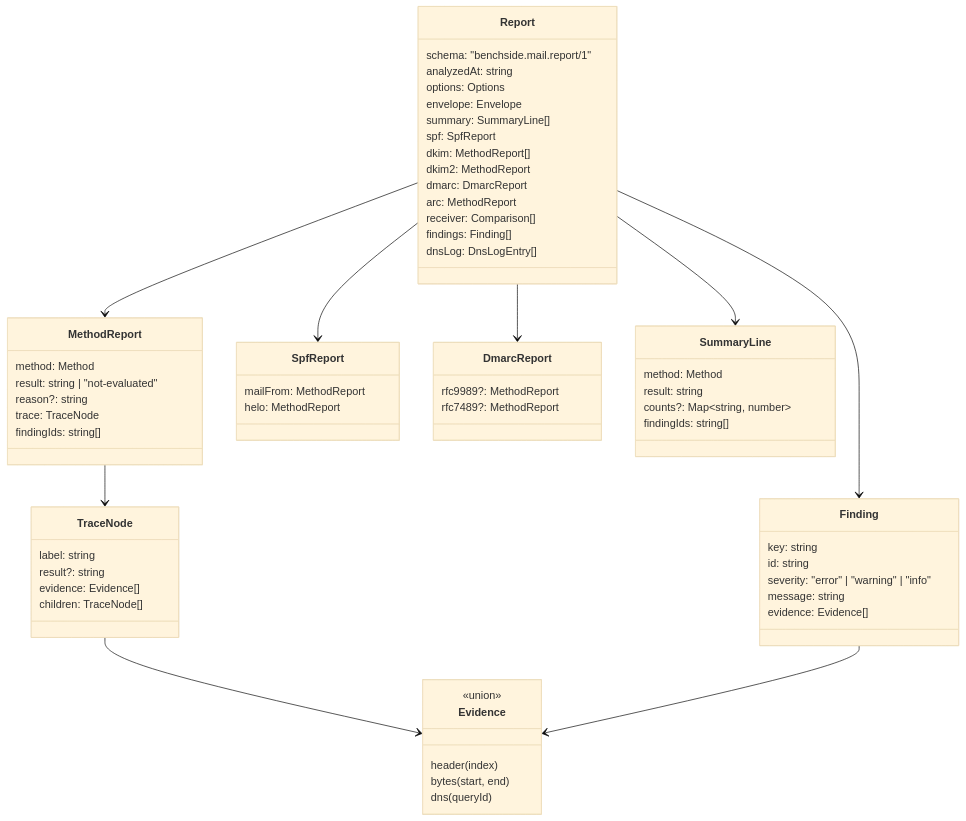
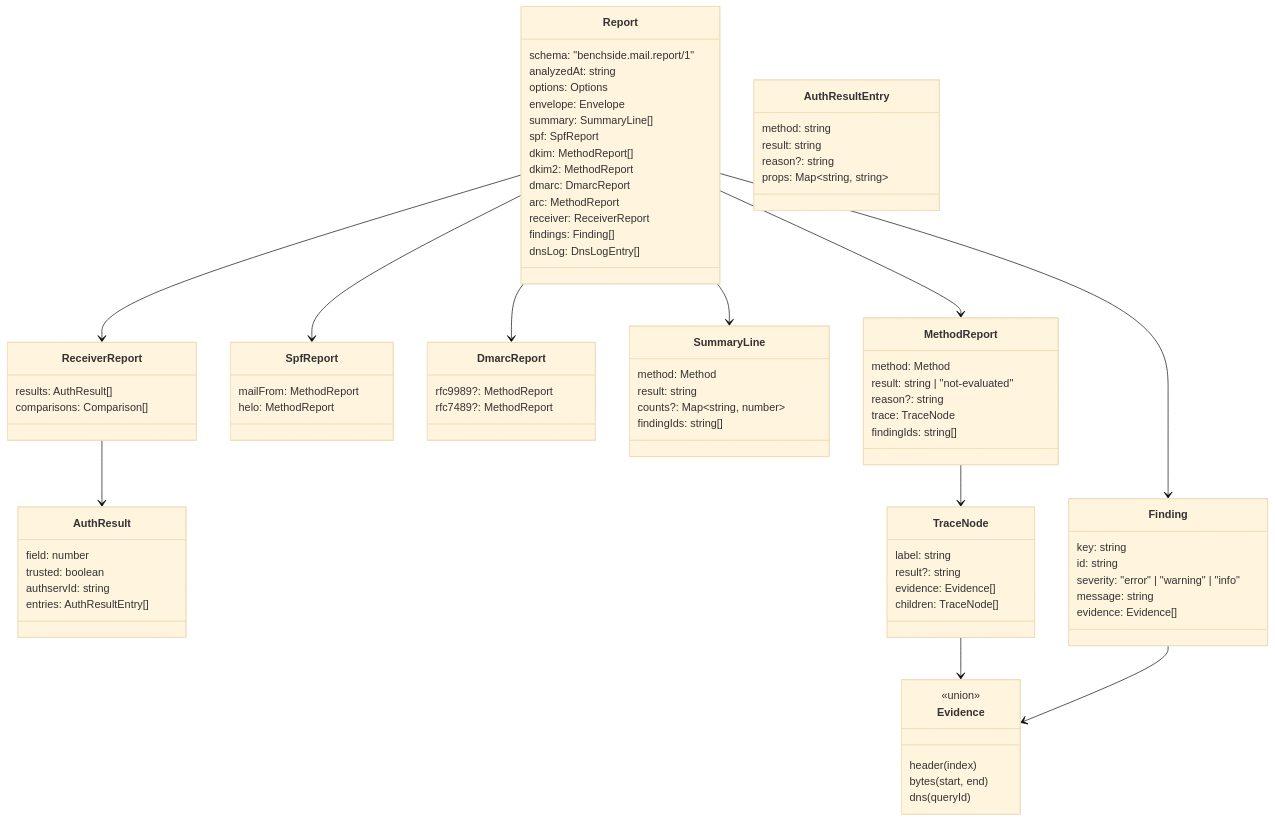
One commit to photom/benchside changed the diagram in docs/reference/mail/report.md. Above: the diagram before and after it, drawn with Mermaid (base theme). The commit also changed 5 other files, not shown here.

First line of the commit message:
Specify trust and listing of receiver results

```diff
--- a/docs/reference/mail/report.md
+++ b/docs/reference/mail/report.md
@@ -17,7 +17,7 @@
     dkim2: MethodReport
     dmarc: DmarcReport
     arc: MethodReport
-    receiver: Comparison[]
+    receiver: ReceiverReport
     findings: Finding[]
     dnsLog: DnsLogEntry[]
   }
@@ -41,6 +41,22 @@
     result: string
     counts?: Map~string, number~
     findingIds: string[]
+  }
+  class ReceiverReport {
+    results: AuthResult[]
+    comparisons: Comparison[]
+  }
+  class AuthResult {
+    field: number
+    trusted: boolean
+    authservId: string
+    entries: AuthResultEntry[]
+  }
+  class AuthResultEntry {
+    method: string
+    result: string
+    reason?: string
+    props: Map~string, string~
   }
   class TraceNode {
     label: string
@@ -66,6 +82,8 @@
   Report --> DmarcReport
   Report --> SummaryLine
   Report --> Finding
+  Report --> ReceiverReport
+  ReceiverReport --> AuthResult
   MethodReport --> TraceNode
   TraceNode --> Evidence
   Finding --> Evidence
```
